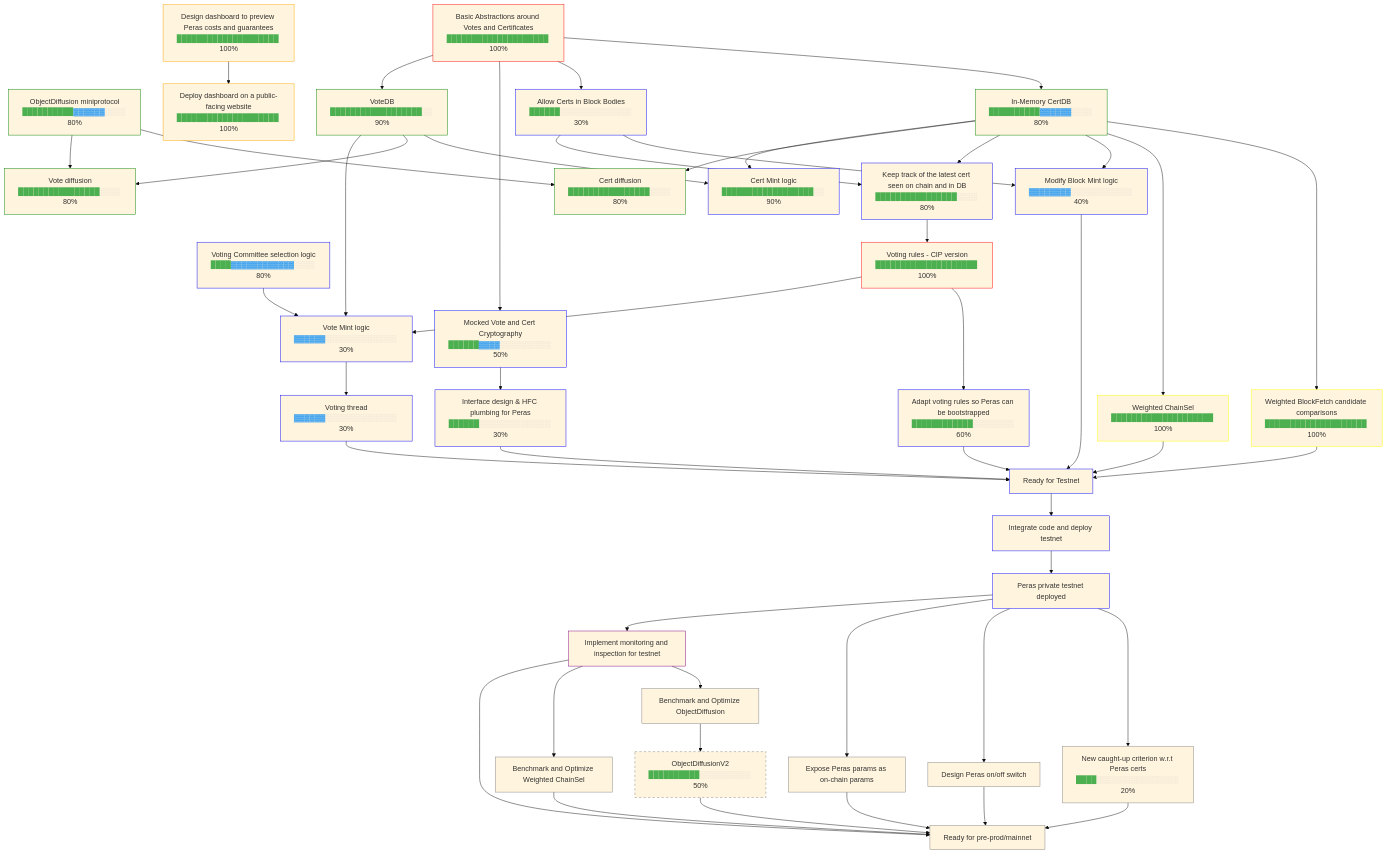
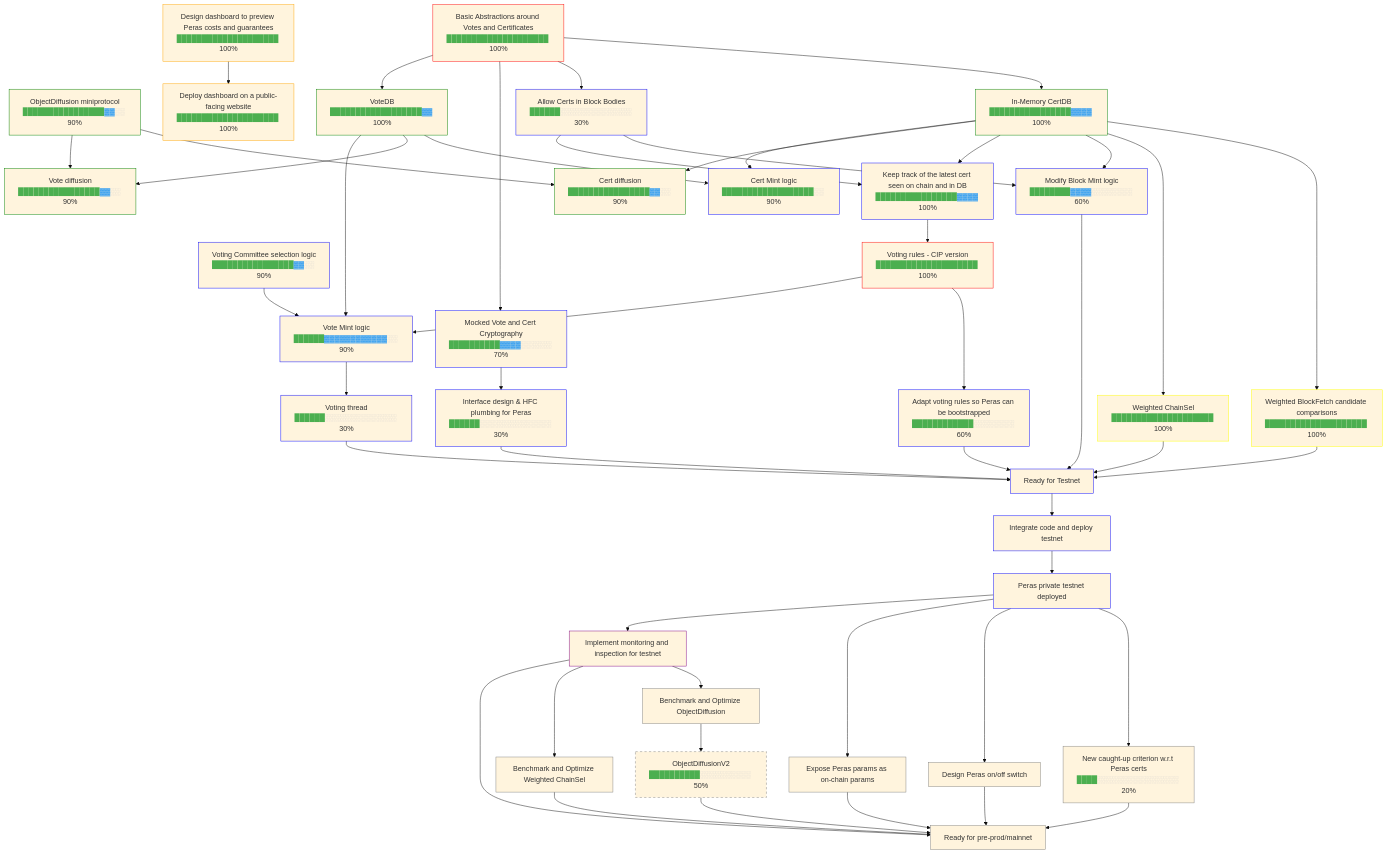
One commit to tweag/cardano-peras changed the diagram in docs/roadmap.md. Above: the diagram before and after it, drawn with Mermaid (base theme). The commit also changed 1 other file, not shown here.

Commit message:
Update roadmap with April progress

```diff
--- a/docs/roadmap.md
+++ b/docs/roadmap.md
@@ -3,16 +3,16 @@
   BasicAbstr["Basic Abstractions around Votes and Certificates<br/><span style="color:#4caf50">████████████████████</span> 100%"]
   style BasicAbstr stroke:red
 
-  ObjectDiffusion["ObjectDiffusion miniprotocol<br/><span style="color:#4caf50">██████████</span><span style="color:#2196f3">▓▓▓▓▓▓</span><span style="color:#ccc">░░░░</span> 80%"]
+  ObjectDiffusion["ObjectDiffusion miniprotocol<br/><span style="color:#4caf50">████████████████</span><span style="color:#2196f3">▓▓</span><span style="color:#ccc">░░</span> 90%"]
   style ObjectDiffusion stroke:green
 
-  VotingCommittee["Voting Committee selection logic<br/><span style="color:#4caf50">████</span><span style="color:#2196f3">▓▓▓▓▓▓▓▓▓▓▓▓</span><span style="color:#ccc">░░░░</span> 80%"]
+  VotingCommittee["Voting Committee selection logic<br/><span style="color:#4caf50">████████████████</span><span style="color:#2196f3">▓▓</span><span style="color:#ccc">░░</span> 90%"]
   style VotingCommittee stroke:blue
 
   Dashboard["Design dashboard to preview Peras costs and guarantees<br/><span style="color:#4caf50">████████████████████</span> 100%"]
   style Dashboard stroke:orange
 
-  CertDB["In-Memory CertDB<br/><span style="color:#4caf50">██████████</span><span style="color:#2196f3">▓▓▓▓▓▓</span><span style="color:#ccc">░░░░</span> 80%"]
+  CertDB["In-Memory CertDB<br/><span style="color:#4caf50">████████████████</span><span style="color:#2196f3">▓▓▓▓</span> 100%"]
   style CertDB stroke:green
   BasicAbstr --> CertDB
 
@@ -28,11 +28,11 @@
   style HFCPlumbing stroke:blue
   MockedCrypto --> HFCPlumbing
 
-  MockedCrypto["Mocked Vote and Cert Cryptography<br/><span style="color:#4caf50">██████</span><span style="color:#2196f3">▓▓▓▓</span><span style="color:#ccc">░░░░░░░░░░</span> 50%"]
+  MockedCrypto["Mocked Vote and Cert Cryptography<br/><span style="color:#4caf50">██████████</span><span style="color:#2196f3">▓▓▓▓</span><span style="color:#ccc">░░░░░░</span> 70%"]
   style MockedCrypto stroke:blue
   BasicAbstr --> MockedCrypto
 
-  VoteDB["VoteDB<br/><span style="color:#4caf50">██████████████████</span><span style="color:#ccc">░░</span> 90%"]
+  VoteDB["VoteDB<br/><span style="color:#4caf50">██████████████████</span><span style="color:#2196f3">▓▓</span> 100%"]
   style VoteDB stroke:green
   BasicAbstr --> VoteDB
 
@@ -44,12 +44,12 @@
   style WeightedChainSel stroke:yellow
   CertDB --> WeightedChainSel
 
-  BlockMint["Modify Block Mint logic<br/><span style="color:#2196f3">▓▓▓▓▓▓▓▓</span><span style="color:#ccc">░░░░░░░░░░░░</span> 40%"]
+  BlockMint["Modify Block Mint logic<br/><span style="color:#4caf50">████████</span><span style="color:#2196f3">▓▓▓▓</span><span style="color:#ccc">░░░░░░░░</span> 60%"]
   style BlockMint stroke:blue
   CertDB --> BlockMint
   CertsInBlocks --> BlockMint
 
-  KeepTrackLastCert["Keep track of the latest cert seen on chain and in DB<br/><span style="color:#4caf50">████████████████</span><span style="color:#ccc">░░░░</span> 80%"]
+  KeepTrackLastCert["Keep track of the latest cert seen on chain and in DB<br/><span style="color:#4caf50">████████████████</span><span style="color:#2196f3">▓▓▓▓</span> 100%"]
   style KeepTrackLastCert stroke:blue
   CertDB --> KeepTrackLastCert
   CertsInBlocks --> KeepTrackLastCert
@@ -58,7 +58,7 @@
   style VotingRules stroke:red
   KeepTrackLastCert --> VotingRules
 
-  CertDiffusion["Cert diffusion<br/><span style="color:#4caf50">████████████████</span><span style="color:#ccc">░░░░</span> 80%"]
+  CertDiffusion["Cert diffusion<br/><span style="color:#4caf50">████████████████</span><span style="color:#2196f3">▓▓</span><span style="color:#ccc">░░</span> 90%"]
   style CertDiffusion stroke:green
   CertDB --> CertDiffusion
   ObjectDiffusion --> CertDiffusion
@@ -72,7 +72,7 @@
   CertDB --> CertMint
   VoteDB --> CertMint
 
-  VoteDiffusion["Vote diffusion<br/><span style="color:#4caf50">████████████████</span><span style="color:#ccc">░░░░</span> 80%"]
+  VoteDiffusion["Vote diffusion<br/><span style="color:#4caf50">████████████████</span><span style="color:#2196f3">▓▓</span><span style="color:#ccc">░░</span> 90%"]
   style VoteDiffusion stroke:green
   ObjectDiffusion --> VoteDiffusion
   VoteDB --> VoteDiffusion
@@ -81,13 +81,13 @@
   style Bootstrap stroke:blue
   VotingRules --> Bootstrap
 
-  VoteMint["Vote Mint logic<br/><span style="color:#2196f3">▓▓▓▓▓▓</span><span style="color:#ccc">░░░░░░░░░░░░░░</span> 30%"]
+  VoteMint["Vote Mint logic<br/><span style="color:#4caf50">██████</span><span style="color:#2196f3">▓▓▓▓▓▓▓▓▓▓▓▓</span><span style="color:#ccc">░░</span> 90%"]
   style VoteMint stroke:blue
   VoteDB --> VoteMint
   VotingCommittee --> VoteMint
   VotingRules --> VoteMint
 
-  VotingThread["Voting thread<br/><span style="color:#2196f3">▓▓▓▓▓▓</span><span style="color:#ccc">░░░░░░░░░░░░░░</span> 30%"]
+  VotingThread["Voting thread<br/><span style="color:#4caf50">██████</span><span style="color:#ccc">░░░░░░░░░░░░░░</span> 30%"]
   style VotingThread stroke:blue
   VoteMint --> VotingThread
 
```
